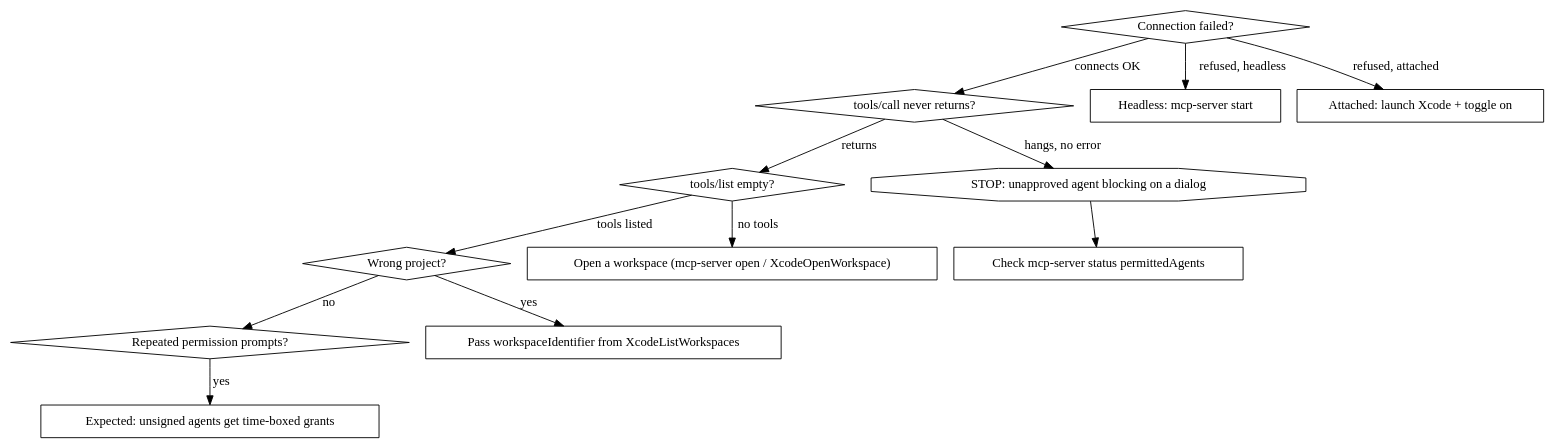
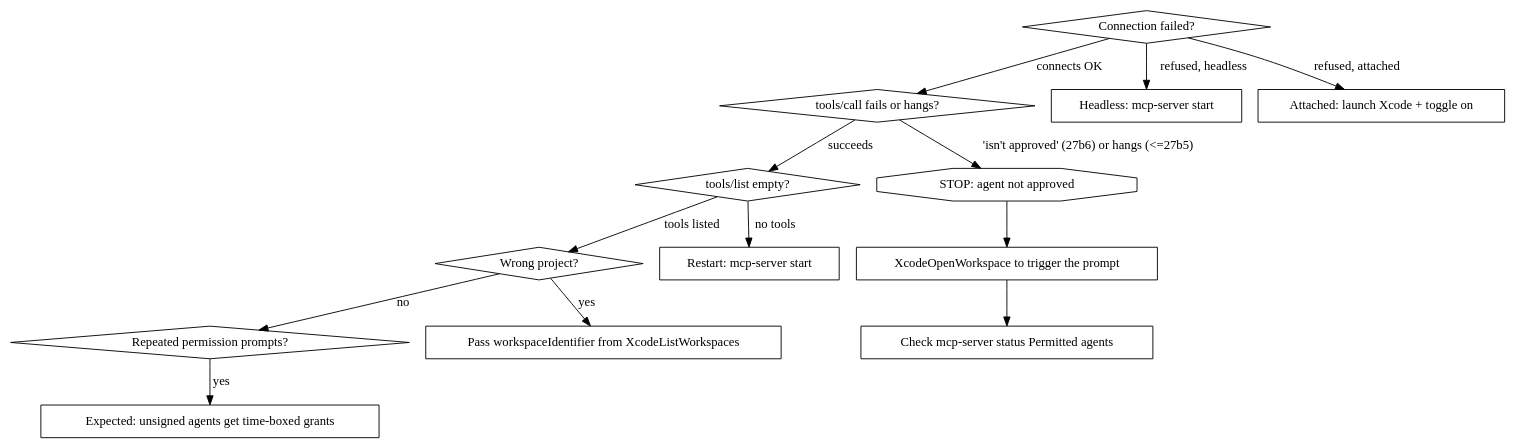
The diagram in .claude-plugin/plugins/axiom/skills/axiom-xcode-mcp/skills/xcode-mcp-setup.md (CharlesWiltgen/Axiom), drawn with Graphviz before and after one commit. The commit also changed other lines of this file and 4 other files, not shown here.

First line of the commit message:
fix(axiom-xcode-mcp): track the beta 6 workspace-addressing convergence

````diff
--- a/.claude-plugin/plugins/axiom/skills/axiom-xcode-mcp/skills/xcode-mcp-setup.md
+++ b/.claude-plugin/plugins/axiom/skills/axiom-xcode-mcp/skills/xcode-mcp-setup.md
@@ -275,30 +299,32 @@
 ```dot
 digraph troubleshoot {
     rankdir=TB;
     "Connection failed?" [shape=diamond];
-    "tools/call never returns?" [shape=diamond];
+    "tools/call fails or hangs?" [shape=diamond];
     "tools/list empty?" [shape=diamond];
     "Wrong project?" [shape=diamond];
     "Repeated permission prompts?" [shape=diamond];
 
     "Headless: mcp-server start" [shape=box];
     "Attached: launch Xcode + toggle on" [shape=box];
-    "STOP: unapproved agent blocking on a dialog" [shape=octagon];
-    "Check mcp-server status permittedAgents" [shape=box];
-    "Open a workspace (mcp-server open / XcodeOpenWorkspace)" [shape=box];
+    "STOP: agent not approved" [shape=octagon];
+    "XcodeOpenWorkspace to trigger the prompt" [shape=box];
+    "Check mcp-server status Permitted agents" [shape=box];
+    "Restart: mcp-server start" [shape=box];
     "Pass workspaceIdentifier from XcodeListWorkspaces" [shape=box];
     "Expected: unsigned agents get time-boxed grants" [shape=box];
 
     "Connection failed?" -> "Headless: mcp-server start" [label="refused, headless"];
     "Connection failed?" -> "Attached: launch Xcode + toggle on" [label="refused, attached"];
-    "Connection failed?" -> "tools/call never returns?" [label="connects OK"];
-    "tools/call never returns?" -> "STOP: unapproved agent blocking on a dialog" [label="hangs, no error"];
-    "STOP: unapproved agent blocking on a dialog" -> "Check mcp-server status permittedAgents";
-    "tools/call never returns?" -> "tools/list empty?" [label="returns"];
-    "tools/list empty?" -> "Open a workspace (mcp-server open / XcodeOpenWorkspace)" [label="no tools"];
+    "Connection failed?" -> "tools/call fails or hangs?" [label="connects OK"];
+    "tools/call fails or hangs?" -> "STOP: agent not approved" [label="'isn't approved' (27b6) or hangs (<=27b5)"];
+    "STOP: agent not approved" -> "XcodeOpenWorkspace to trigger the prompt";
+    "XcodeOpenWorkspace to trigger the prompt" -> "Check mcp-server status Permitted agents";
+    "tools/call fails or hangs?" -> "tools/list empty?" [label="succeeds"];
+    "tools/list empty?" -> "Restart: mcp-server start" [label="no tools"];
     "tools/list empty?" -> "Wrong project?" [label="tools listed"];
     "Wrong project?" -> "Pass workspaceIdentifier from XcodeListWorkspaces" [label="yes"];
     "Wrong project?" -> "Repeated permission prompts?" [label="no"];
     "Repeated permission prompts?" -> "Expected: unsigned agents get time-boxed grants" [label="yes"];
 }
 ```
````
